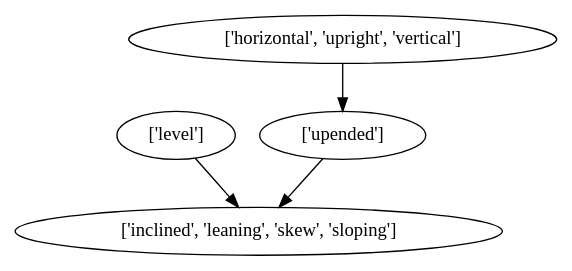
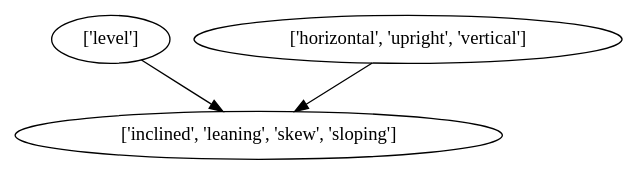
One commit to bleonar5/mechanical_turk changed the diagram in graphs_with_eqs/dots/orientation.dot. Above: the diagram before and after it, drawn with Graphviz. The commit also changed 99 other files, not shown here.

```diff
--- a/graphs_with_eqs/dots/orientation.dot
+++ b/graphs_with_eqs/dots/orientation.dot
@@ -1,5 +1,4 @@
 strict digraph  {
-	"['upended']" -> "['inclined', 'leaning', 'skew', 'sloping']";
 	"['level']" -> "['inclined', 'leaning', 'skew', 'sloping']";
-	"['horizontal', 'upright', 'vertical']" -> "['upended']";
+	"['horizontal', 'upright', 'vertical']" -> "['inclined', 'leaning', 'skew', 'sloping']";
 }
```
